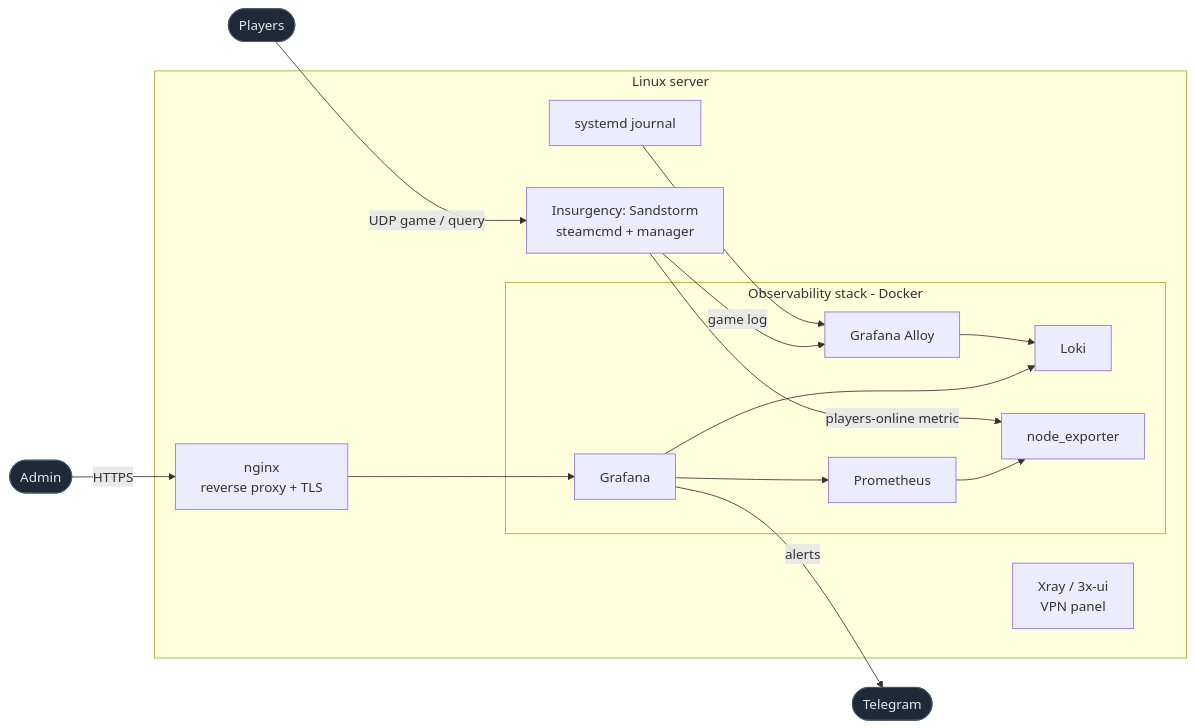
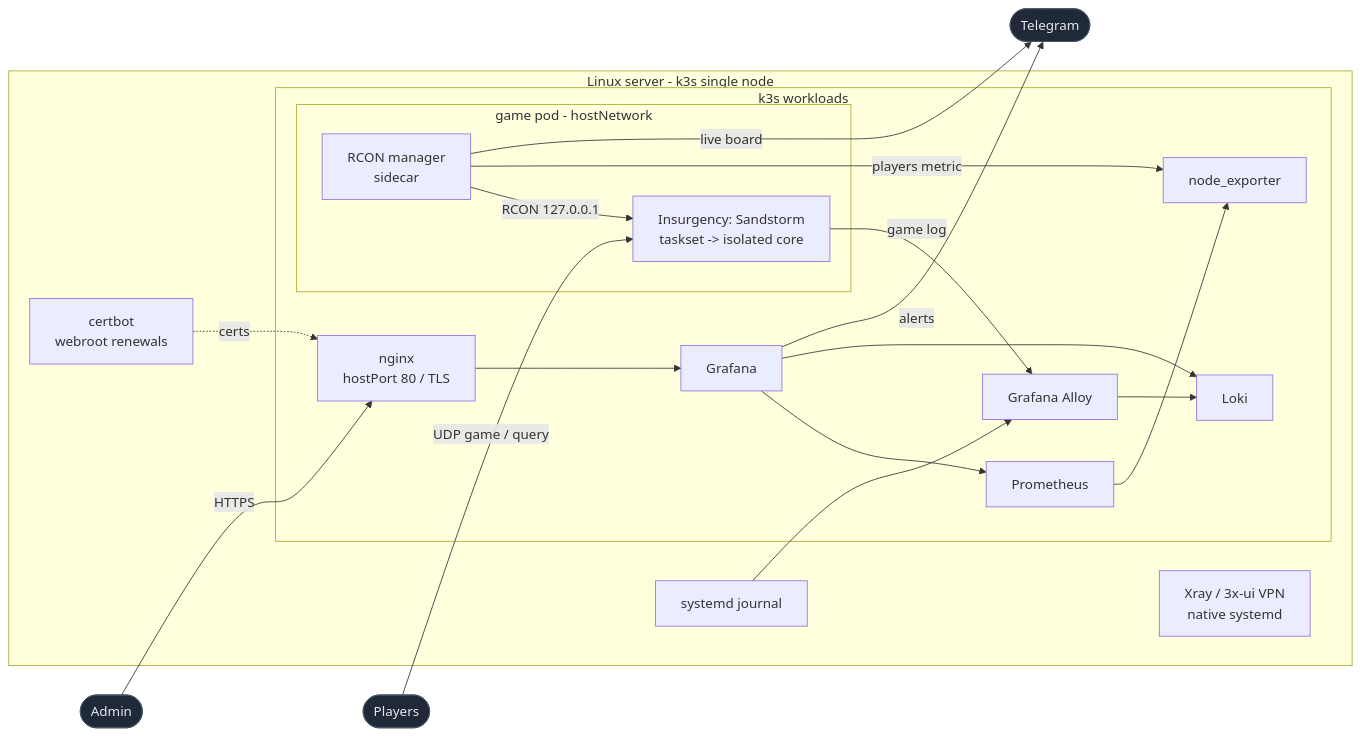
The diagram in README.md (rkarpovets/server-infrastructure), drawn with Mermaid before and after one commit. The commit also changed other lines of this file and 16 other files, not shown here.

Commit message:
feat: retire docker engine, rewrite the game dashboard, refresh docs for the k3s architecture (#19)

````diff
--- a/README.md
+++ b/README.md
@@ -38,25 +52,30 @@
 ```mermaid
 flowchart LR
   admin([Admin]):::ext -->|HTTPS| nginx
-  players([Players]):::ext -->|UDP game / query| sandstorm
+  players([Players]):::ext -->|UDP game / query| game
 
-  subgraph host[Linux server]
-    nginx[nginx<br/>reverse proxy + TLS] --> grafana
-
-    subgraph obs[Observability stack - Docker]
+  subgraph host[Linux server - k3s single node]
+    subgraph k8s[k3s workloads]
+      nginx[nginx<br/>hostPort 80 / TLS] --> grafana
       grafana[Grafana] --> prometheus[Prometheus]
       grafana --> loki[Loki]
       prometheus --> nodeexp[node_exporter]
       alloy[Grafana Alloy] --> loki
+
+      subgraph pod[game pod - hostNetwork]
+        game[Insurgency: Sandstorm<br/>taskset -> isolated core]
+        manager[RCON manager<br/>sidecar] -->|RCON 127.0.0.1| game
+      end
     end
 
-    sandstorm[Insurgency: Sandstorm<br/>steamcmd + manager]
-    sandstorm -->|players-online metric| nodeexp
-    sandstorm -->|game log| alloy
+    certbot[certbot<br/>webroot renewals] -.->|certs| nginx
     journald[systemd journal] --> alloy
-    xray[Xray / 3x-ui<br/>VPN panel]
+    xray[Xray / 3x-ui VPN<br/>native systemd]
   end
 
+  manager -->|players metric| nodeexp
+  game -->|game log| alloy
   grafana -->|alerts| tg([Telegram]):::ext
+  manager -->|live board| tg
   classDef ext fill:#1f2937,stroke:#475569,color:#e5e7eb;
 ```
````
